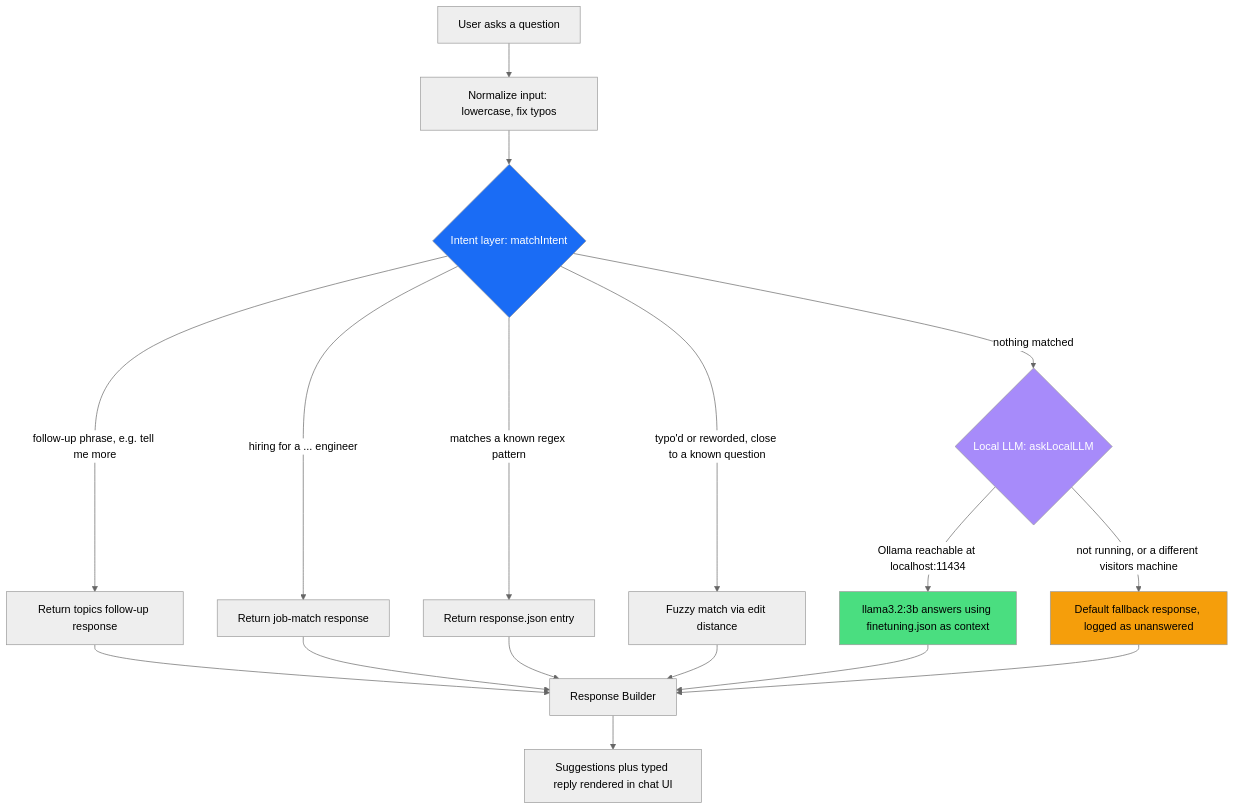
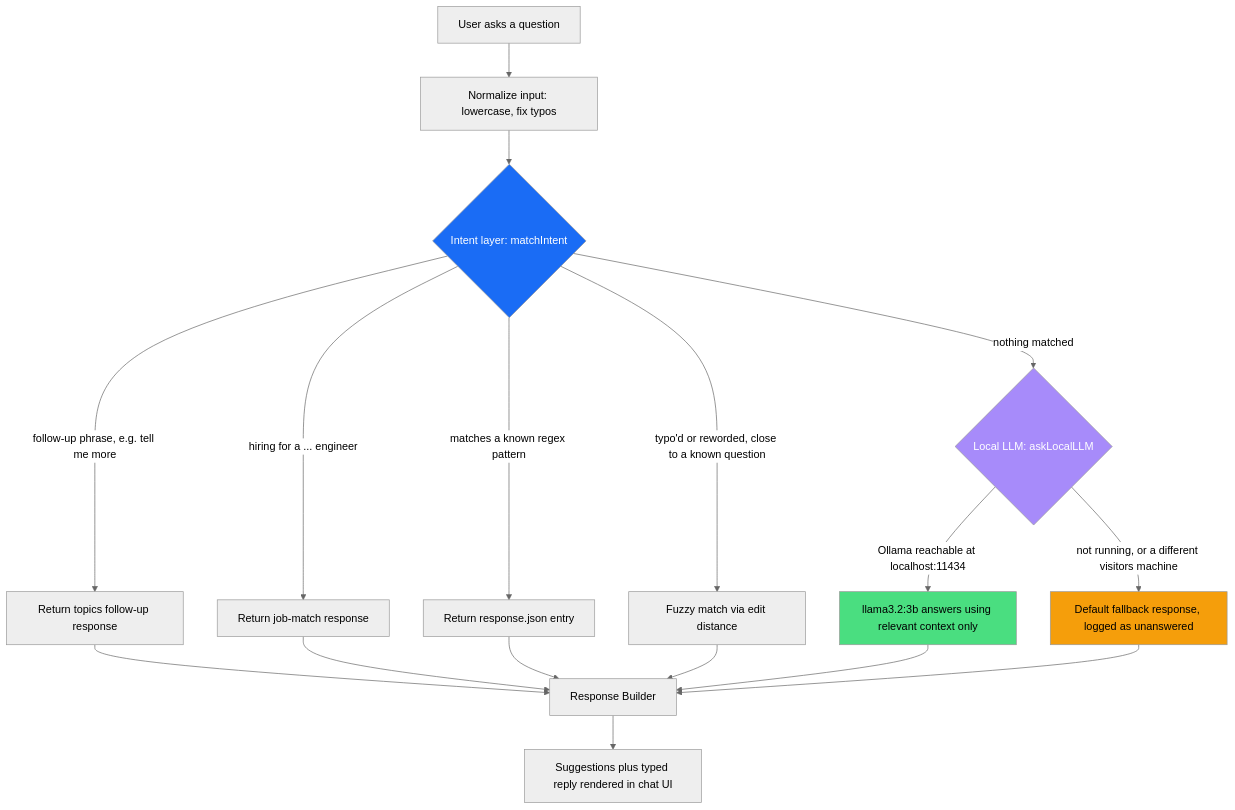
Before and after one commit to raianiket/raianiket.github.io: the diagram in architecture.md, drawn with Mermaid (neutral theme). The commit also changed other lines of this file, not shown here.

Commit message:
Expand architecture doc into a full presentation guide

````diff
--- a/architecture.md
+++ b/architecture.md
@@ -8,27 +13,27 @@
 ```mermaid
 flowchart TD
     U[User asks a question] --> N[Normalize input: lowercase, fix typos]
     N --> I{Intent layer: matchIntent}
 
     I -->|follow-up phrase, e.g. tell me more| FU[Return topics follow-up response]
     I -->|hiring for a ... engineer| JM[Return job-match response]
     I -->|matches a known regex pattern| RX[Return response.json entry]
     I -->|typo'd or reworded, close to a known question| FZ[Fuzzy match via edit distance]
     I -->|nothing matched| LLM{Local LLM: askLocalLLM}
 
-    LLM -->|Ollama reachable at localhost:11434| OK[llama3.2:3b answers using finetuning.json as context]
+    LLM -->|Ollama reachable at localhost:11434| OK[llama3.2:3b answers using relevant context only]
     LLM -->|not running, or a different visitors machine| DEF[Default fallback response, logged as unanswered]
 
     FU --> R[Response Builder]
     JM --> R
     RX --> R
     FZ --> R
     OK --> R
     DEF --> R
     R --> S[Suggestions plus typed reply rendered in chat UI]
 
     style I fill:#1a6cf5,color:#fff
     style LLM fill:#a78bfa,color:#fff
     style OK fill:#4ade80,color:#000
     style DEF fill:#f59e0b,color:#000
 ```
````
